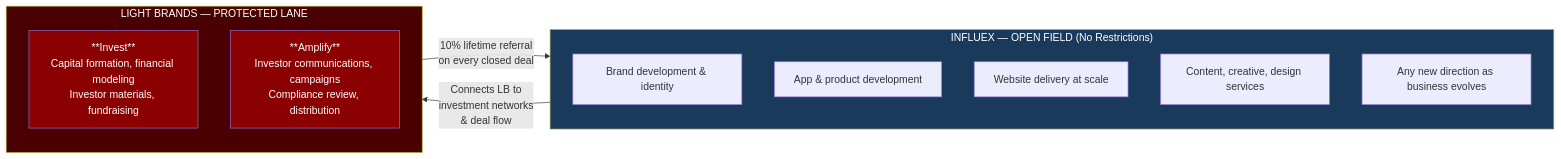
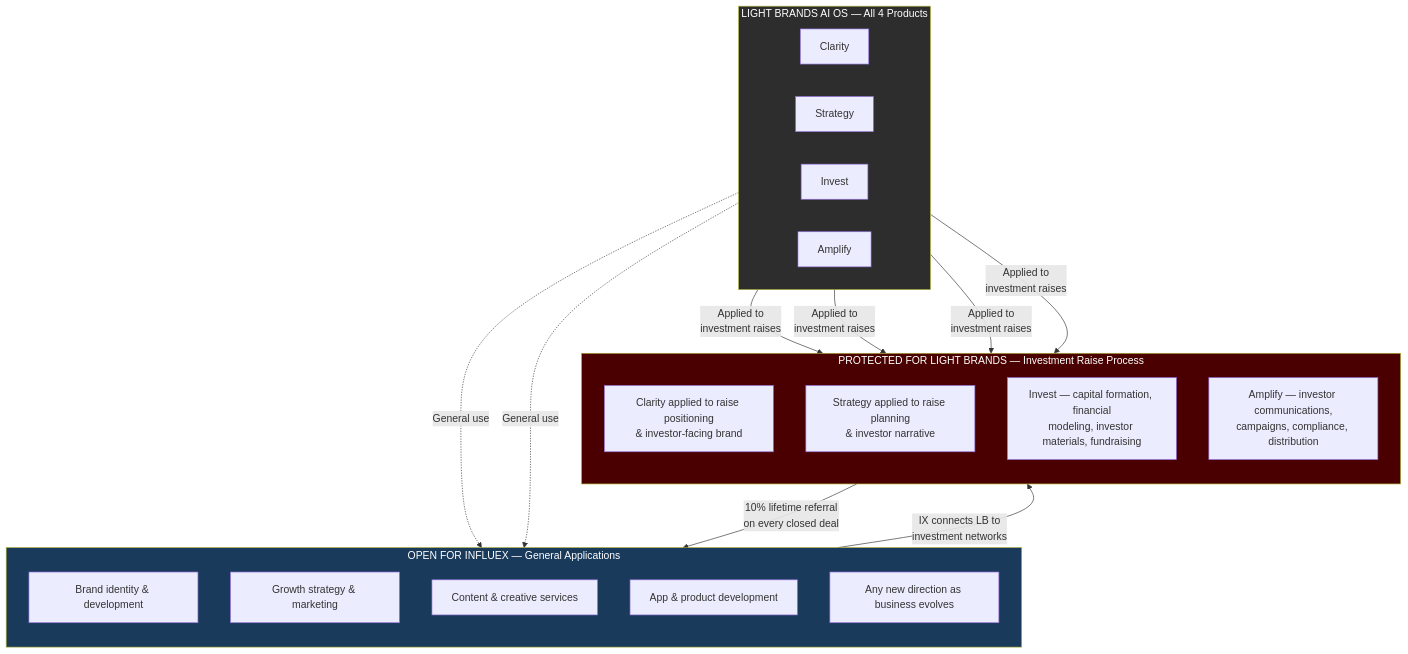
One commit to Light-Brands/qie changed the seventh of 7 diagrams in legal-vault/proposals/influex-strategic-partnership-2026-02-22.md. Above: the diagram before and after it, drawn with Mermaid. The commit also changed other lines of this file, not shown here.

Commit message:
Refine lane protection — protect the investment raise process, not products
Protection covers all 4 AI OS products (Clarity, Strategy, Invest,
Amplify) specifically as applied to the investment raise process.
General brand development and growth strategy are open for Influex.
The boundary is the process (capital formation, investor comms,
raise positioning) not the product names.

````diff
--- a/legal-vault/proposals/influex-strategic-partnership-2026-02-22.md
+++ b/legal-vault/proposals/influex-strategic-partnership-2026-02-22.md
@@ -610,25 +610,37 @@
 ```mermaid
-flowchart LR
-  subgraph OPEN["INFLUEX — OPEN FIELD (No Restrictions)"]
+flowchart TB
+  subgraph AIOS["LIGHT BRANDS AI OS — All 4 Products"]
+    direction LR
+    C["Clarity"]
+    S["Strategy"]
+    I["Invest"]
+    A["Amplify"]
+  end
+
+  subgraph OPEN["OPEN FOR INFLUEX — General Applications"]
     direction TB
-    O1["Brand development & identity"]
-    O2["App & product development"]
-    O3["Website delivery at scale"]
-    O4["Content, creative, design services"]
+    O1["Brand identity & development"]
+    O2["Growth strategy & marketing"]
+    O3["Content & creative services"]
+    O4["App & product development"]
     O5["Any new direction as business evolves"]
   end
 
-  subgraph PROTECTED["LIGHT BRANDS — PROTECTED LANE"]
+  subgraph PROTECTED["PROTECTED FOR LIGHT BRANDS — Investment Raise Process"]
     direction TB
-    P1["**Invest**\nCapital formation, financial modeling\nInvestor materials, fundraising"]
-    P2["**Amplify**\nInvestor communications, campaigns\nCompliance review, distribution"]
+    P1["Clarity applied to raise positioning\n& investor-facing brand"]
+    P2["Strategy applied to raise planning\n& investor narrative"]
+    P3["Invest — capital formation, financial\nmodeling, investor materials, fundraising"]
+    P4["Amplify — investor communications,\ncampaigns, compliance, distribution"]
   end
 
-  OPEN -->|"Connects LB to\ninvestment networks\n& deal flow"| PROTECTED
+  C & S -.->|"General use"| OPEN
+  C & S & I & A -->|"Applied to\ninvestment raises"| PROTECTED
+
+  OPEN -->|"IX connects LB to\ninvestment networks"| PROTECTED
   PROTECTED -->|"10% lifetime referral\non every closed deal"| OPEN
 
+  style AIOS fill:#2d2d2d,color:#fff
   style OPEN fill:#1a3a5c,color:#fff
   style PROTECTED fill:#4a0000,color:#fff
-  style P1 fill:#8b0000,color:#fff
-  style P2 fill:#8b0000,color:#fff
 ```
````
